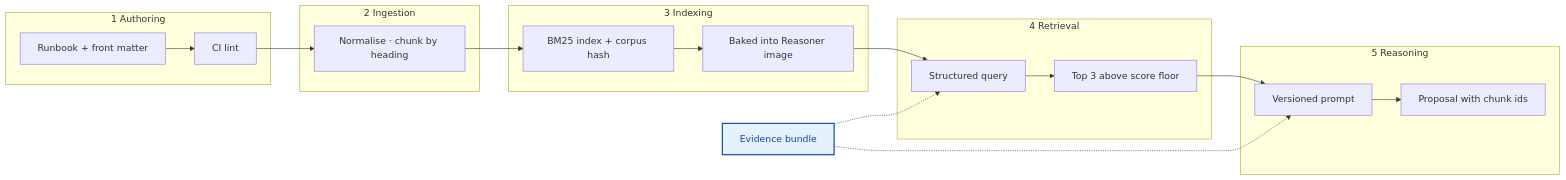
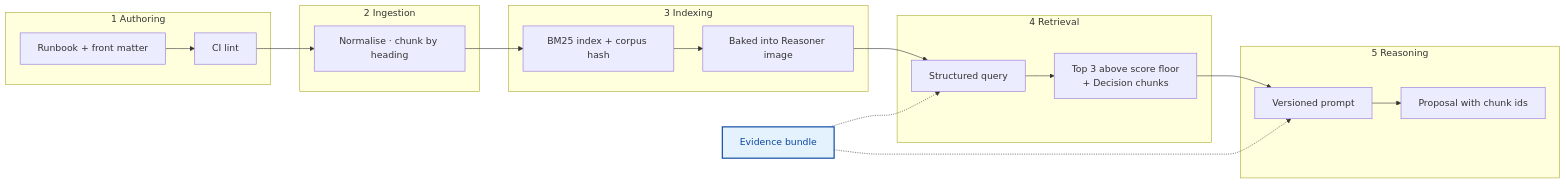
One commit to koussayx8/nexus-platform changed diagram 13 of 24 in docs/architecture/final-spec.md. Above: the diagram before and after it, drawn with Mermaid. The commit also changed other lines of this file and 1 other file, not shown here.

````diff
--- a/docs/architecture/final-spec.md
+++ b/docs/architecture/final-spec.md
@@ -1128,27 +1180,27 @@
 ```mermaid
 flowchart LR
   subgraph P1[1 Authoring]
     A1[Runbook + front matter]
     A2[CI lint]
   end
   subgraph P2[2 Ingestion]
     I1[Normalise · chunk by heading]
   end
   subgraph P3[3 Indexing]
     X1[BM25 index + corpus hash]
     X2[Baked into Reasoner image]
   end
   subgraph P4[4 Retrieval]
     R1[Structured query]
-    R2[Top 3 above score floor]
+    R2[Top 3 above score floor<br/>+ Decision chunks]
   end
   subgraph P5[5 Reasoning]
     G1[Versioned prompt]
     G2[Proposal with chunk ids]
   end
   B[Evidence bundle]:::bounded
   A1 --> A2 --> I1 --> X1 --> X2 --> R1 --> R2 --> G1 --> G2
   B -.-> R1
   B -.-> G1
   classDef bounded fill:#E3F2FD,stroke:#0D47A1,stroke-width:2px,color:#0D47A1
 ```
````
